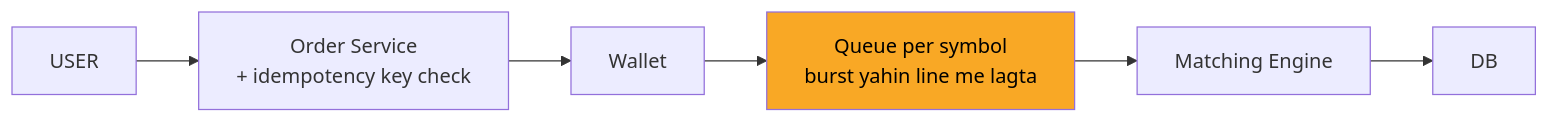
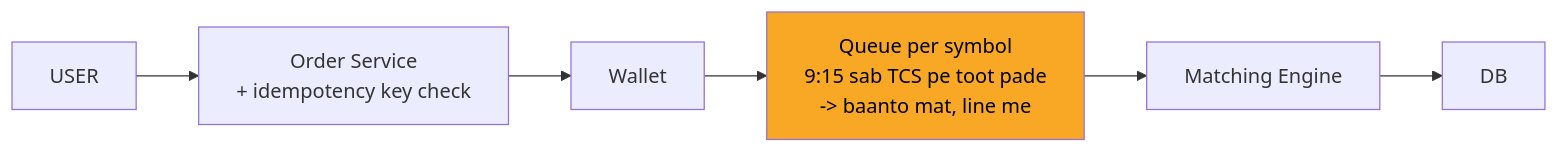
One commit to ArpanMaheshwari144/Prep changed the fifth of 10 diagrams in 04_HLD/SYSTEM_DESIGNS/05_stock_broker_trading/05_stock_broker_trading.md. Above: the diagram before and after it, drawn with Mermaid. The commit also changed other lines of this file, not shown here.

````diff
--- a/04_HLD/SYSTEM_DESIGNS/05_stock_broker_trading/05_stock_broker_trading.md
+++ b/04_HLD/SYSTEM_DESIGNS/05_stock_broker_trading/05_stock_broker_trading.md
@@ -223,15 +223,15 @@
 ```mermaid
 flowchart LR
     n_USER["USER"]
     n_Order_Service["Order Service<br/>+ idempotency key check"]
     n_Wallet["Wallet"]
-    n_Queue_per_symbol["Queue per symbol<br/>burst yahin line me lagta"]
+    n_Queue_per_symbol["Queue per symbol<br/>9:15 sab TCS pe toot pade<br/>-> baanto mat, line me"]
     n_Matching_Engine["Matching Engine"]
     n_DB["DB"]
     n_USER --> n_Order_Service
     n_Order_Service --> n_Wallet
     n_Wallet --> n_Queue_per_symbol
     n_Queue_per_symbol --> n_Matching_Engine
     n_Matching_Engine --> n_DB
     style n_Queue_per_symbol fill:#f9a825,color:#000
 ```
````
